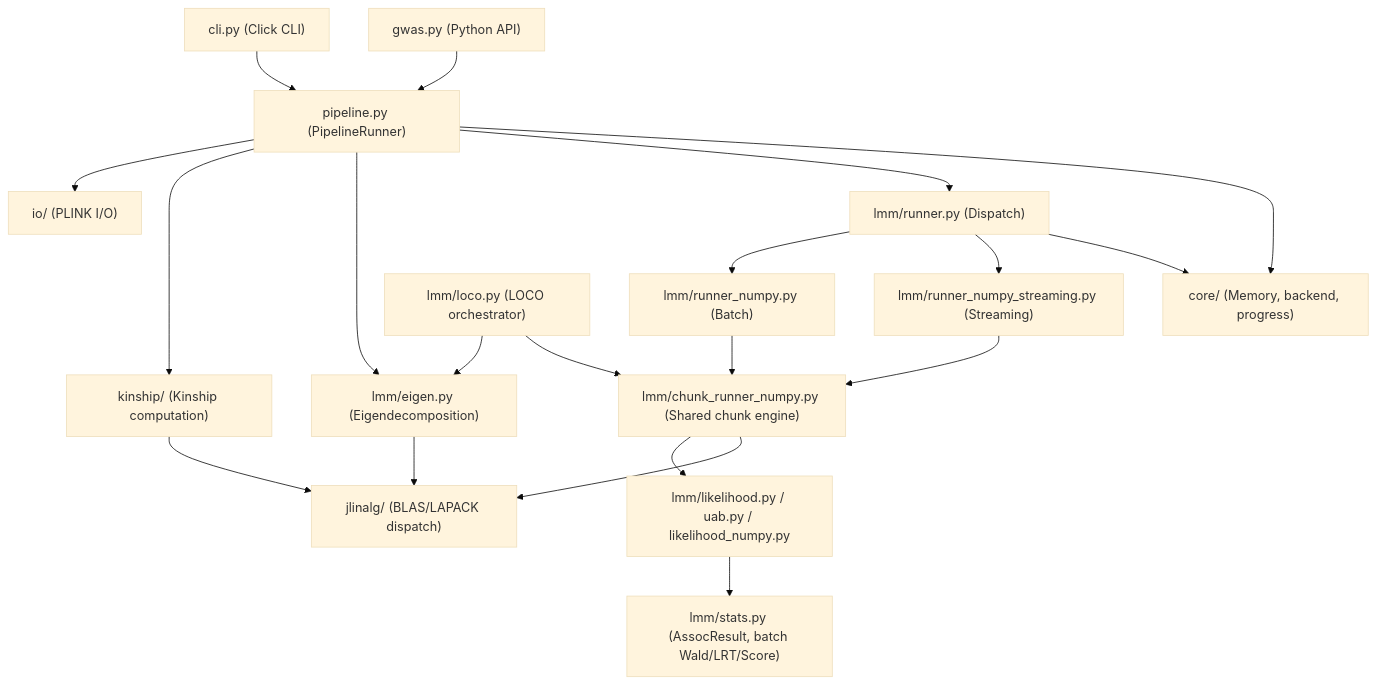
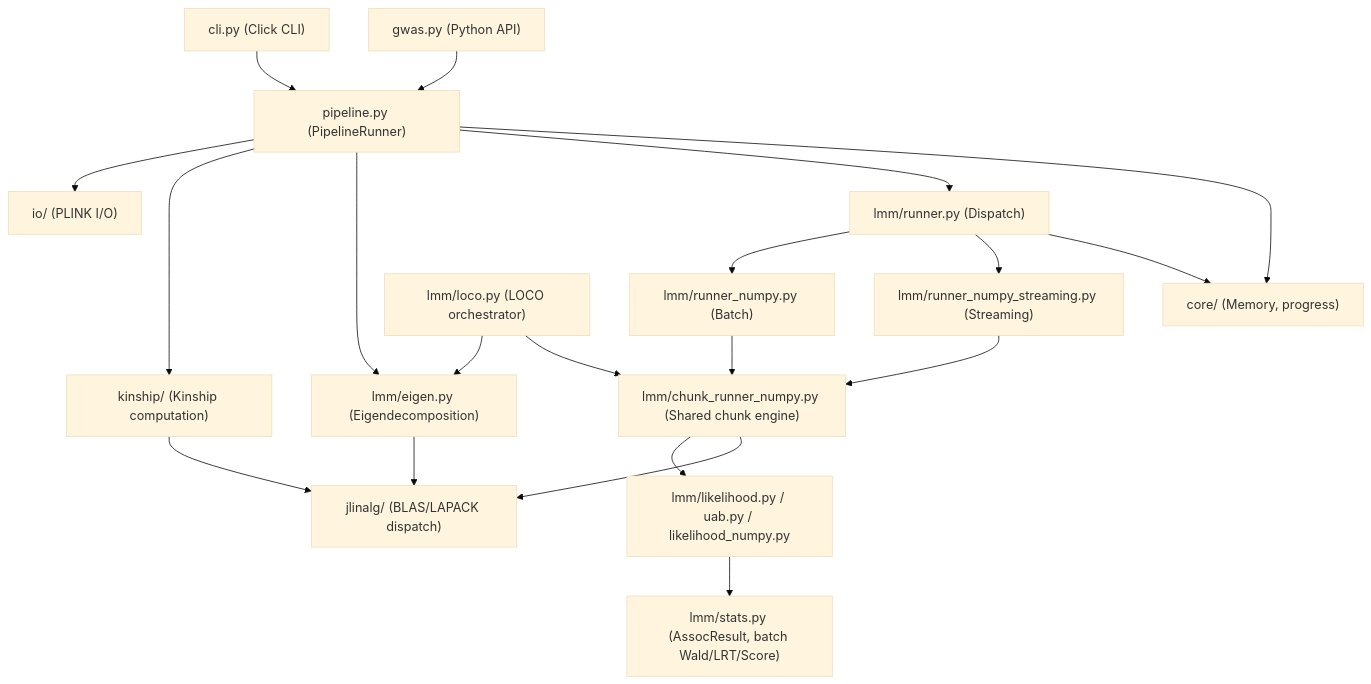
Before and after one commit to michael-denyer/jamma: the diagram in docs/ARCHITECTURE.md, drawn with Mermaid (base theme). The commit also changed other lines of this file and 8 other files, not shown here.

First line of the commit message:
refactor(core): delete core/backend.py, read JAMMA_BACKEND once (#250)

````diff
--- a/docs/ARCHITECTURE.md
+++ b/docs/ARCHITECTURE.md
@@ -9,38 +9,38 @@
 ```mermaid
 graph TD
     CLI["cli.py (Click CLI)"]
     API["gwas.py (Python API)"]
     Pipeline["pipeline.py (PipelineRunner)"]
     IO["io/ (PLINK I/O)"]
     Kinship["kinship/ (Kinship computation)"]
     Eigen["lmm/eigen.py (Eigendecomposition)"]
     Runner["lmm/runner.py (Dispatch)"]
     BatchRunner["lmm/runner_numpy.py (Batch)"]
     StreamRunner["lmm/runner_numpy_streaming.py (Streaming)"]
     ChunkRunner["lmm/chunk_runner_numpy.py (Shared chunk engine)"]
     Likelihood["lmm/likelihood.py / uab.py / likelihood_numpy.py"]
     Stats["lmm/stats.py (AssocResult, batch Wald/LRT/Score)"]
     LOCO["lmm/loco.py (LOCO orchestrator)"]
     jlinalg["jlinalg/ (BLAS/LAPACK dispatch)"]
-    Core["core/ (Memory, backend, progress)"]
+    Core["core/ (Memory, progress)"]
 
     CLI --> Pipeline
     API --> Pipeline
     Pipeline --> IO
     Pipeline --> Kinship
     Pipeline --> Eigen
     Pipeline --> Runner
     Runner --> BatchRunner
     Runner --> StreamRunner
     BatchRunner --> ChunkRunner
     StreamRunner --> ChunkRunner
     ChunkRunner --> Likelihood
     Likelihood --> Stats
     LOCO --> Eigen
     LOCO --> ChunkRunner
     Kinship --> jlinalg
     Eigen --> jlinalg
     ChunkRunner --> jlinalg
     Pipeline --> Core
     Runner --> Core
 ```
````
